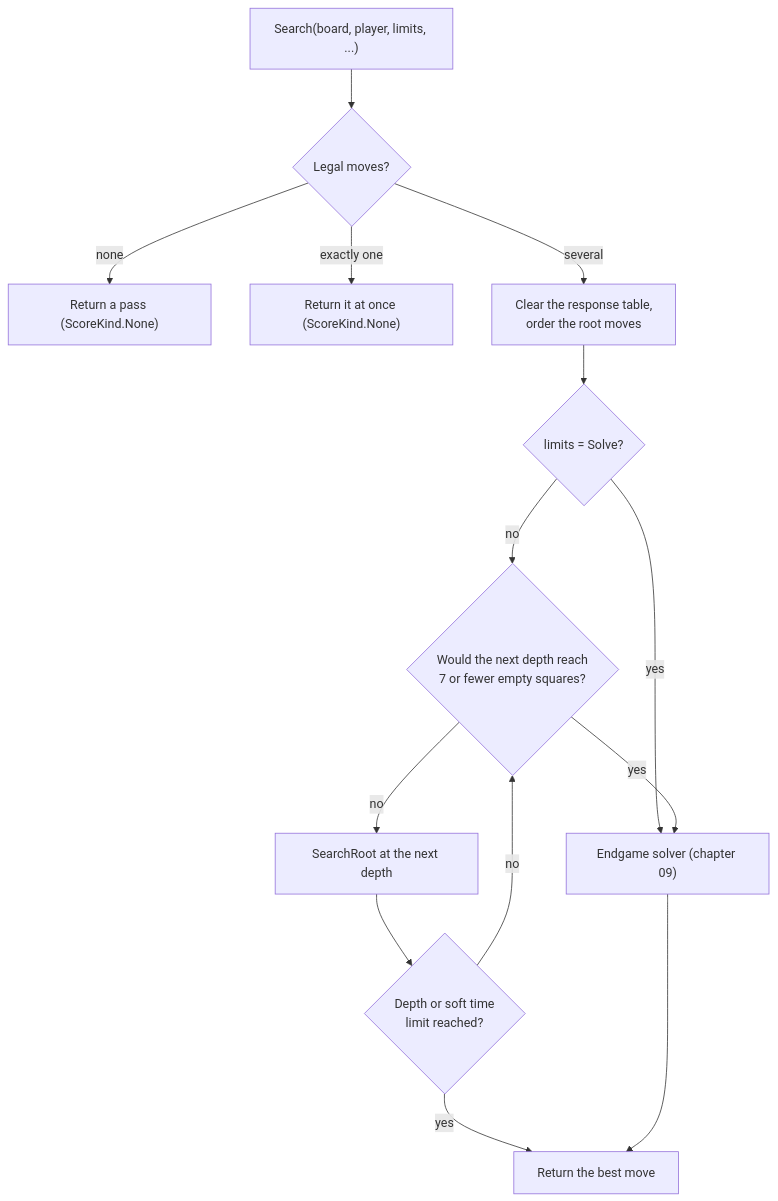
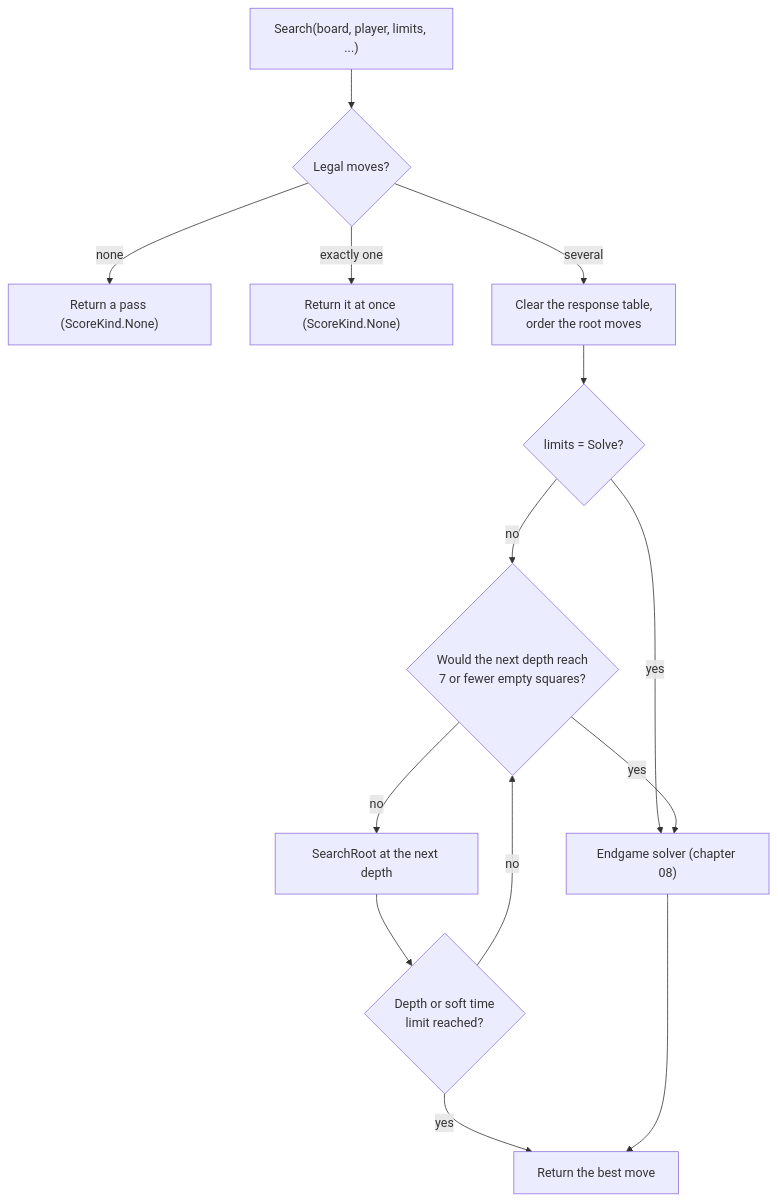
Before and after one commit to cjp-dev/Stello: the first of 3 diagrams in docs/brain/06-midgame-search.md, drawn with Mermaid. The commit also changed other lines of this file and 20 other files, not shown here.

````diff
--- a/docs/brain/06-midgame-search.md
+++ b/docs/brain/06-midgame-search.md
@@ -61,16 +61,16 @@
 ```mermaid
 flowchart TD
     Start["Search(board, player, limits, ...)"] --> Moves{"Legal moves?"}
     Moves -- "none" --> Pass["Return a pass (ScoreKind.None)"]
     Moves -- "exactly one" --> One["Return it at once (ScoreKind.None)"]
     Moves -- "several" --> Prep["Clear the response table,<br/>order the root moves"]
     Prep --> Solve{"limits = Solve?"}
     Solve -- "yes" --> WLD
     Solve -- "no" --> Near{"Would the next depth reach<br/>7 or fewer empty squares?"}
     Near -- "no" --> Root["SearchRoot at the next depth"]
     Root --> Stop{"Depth or soft time<br/>limit reached?"}
     Stop -- "no" --> Near
     Stop -- "yes" --> Done["Return the best move"]
-    Near -- "yes" --> WLD["Endgame solver (chapter 09)"]
+    Near -- "yes" --> WLD["Endgame solver (chapter 08)"]
     WLD --> Done
 ```
````
